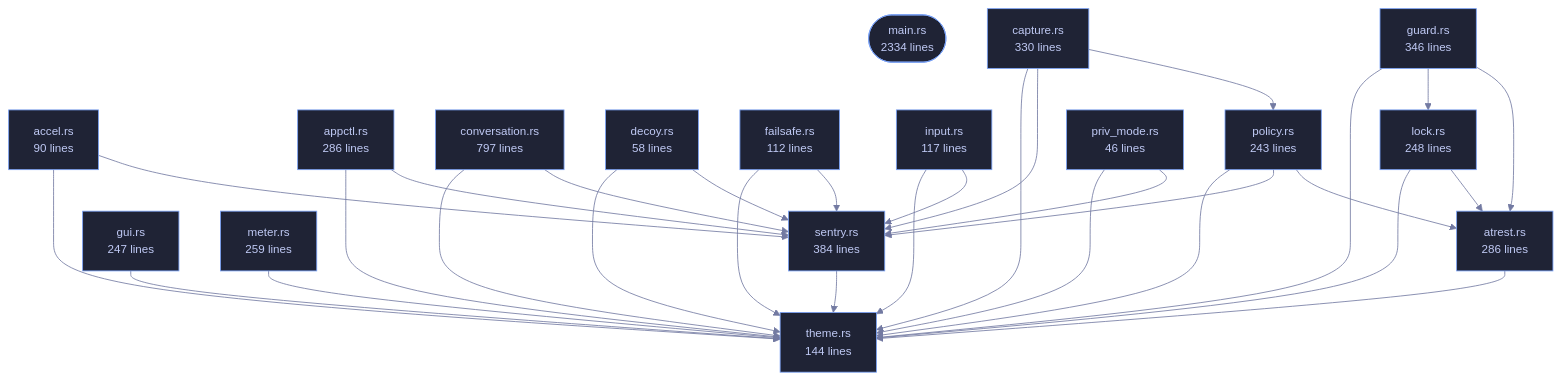
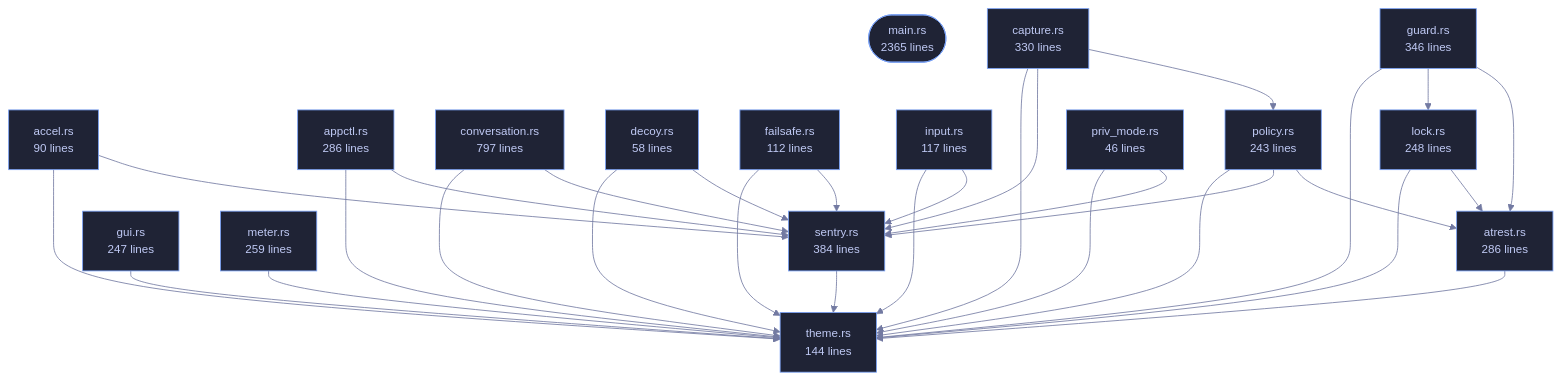
Before and after one commit to tilas01/veilvoice: the diagram in crates/veilvoice-cli/README.md, drawn with Mermaid. The commit also changed other lines of this file and 31 other files, not shown here.

````diff
--- a/crates/veilvoice-cli/README.md
+++ b/crates/veilvoice-cli/README.md
@@ -110,67 +110,67 @@
 ```mermaid
 %%{init: {"theme":"base","themeVariables":{"background":"#1a1b26","primaryColor":"#1f2335","primaryTextColor":"#c0caf5","primaryBorderColor":"#7aa2f7","secondaryColor":"#16161e","tertiaryColor":"#16161e","lineColor":"#737aa2","textColor":"#c0caf5","mainBkg":"#1f2335","nodeBorder":"#7aa2f7","clusterBkg":"#16161e","clusterBorder":"#2f3549","fontFamily":"ui-monospace, SFMono-Regular, Consolas, monospace","fontSize":"14px"}}}%%
 flowchart TD
-    n_main(["main.rs<br/>2334 lines"])
+    n_main(["main.rs<br/>2365 lines"])
     n_accel["accel.rs<br/>90 lines"]
     n_appctl["appctl.rs<br/>286 lines"]
     n_atrest["atrest.rs<br/>286 lines"]
     n_capture["capture.rs<br/>330 lines"]
     n_conversation["conversation.rs<br/>797 lines"]
     n_decoy["decoy.rs<br/>58 lines"]
     n_failsafe["failsafe.rs<br/>112 lines"]
     n_guard["guard.rs<br/>346 lines"]
     n_gui["gui.rs<br/>247 lines"]
     n_input["input.rs<br/>117 lines"]
     n_lock["lock.rs<br/>248 lines"]
     n_meter["meter.rs<br/>259 lines"]
     n_policy["policy.rs<br/>243 lines"]
     n_priv_mode["priv_mode.rs<br/>46 lines"]
     n_sentry["sentry.rs<br/>384 lines"]
     n_theme["theme.rs<br/>144 lines"]
     n_accel --> n_sentry
     n_accel --> n_theme
     n_appctl --> n_sentry
     n_appctl --> n_theme
     n_atrest --> n_theme
     n_capture --> n_policy
     n_capture --> n_sentry
     n_capture --> n_theme
     n_conversation --> n_sentry
     n_conversation --> n_theme
     n_decoy --> n_sentry
     n_decoy --> n_theme
     n_failsafe --> n_sentry
     n_failsafe --> n_theme
     n_guard --> n_atrest
     n_guard --> n_lock
     n_guard --> n_theme
     n_gui --> n_theme
     n_input --> n_sentry
     n_input --> n_theme
     n_lock --> n_atrest
     n_lock --> n_theme
     n_meter --> n_theme
     n_policy --> n_atrest
     n_policy --> n_sentry
     n_policy --> n_theme
     n_priv_mode --> n_sentry
     n_priv_mode --> n_theme
     n_sentry --> n_theme
     click n_main href "https://github.com/tilas01/veilvoice/blob/main/crates/veilvoice-cli/src/main.rs" "open the source"
     click n_accel href "https://github.com/tilas01/veilvoice/blob/main/crates/veilvoice-cli/src/accel.rs" "open the source"
     click n_appctl href "https://github.com/tilas01/veilvoice/blob/main/crates/veilvoice-cli/src/appctl.rs" "open the source"
     click n_atrest href "https://github.com/tilas01/veilvoice/blob/main/crates/veilvoice-cli/src/atrest.rs" "open the source"
     click n_capture href "https://github.com/tilas01/veilvoice/blob/main/crates/veilvoice-cli/src/capture.rs" "open the source"
     click n_conversation href "https://github.com/tilas01/veilvoice/blob/main/crates/veilvoice-cli/src/conversation.rs" "open the source"
     click n_decoy href "https://github.com/tilas01/veilvoice/blob/main/crates/veilvoice-cli/src/decoy.rs" "open the source"
     click n_failsafe href "https://github.com/tilas01/veilvoice/blob/main/crates/veilvoice-cli/src/failsafe.rs" "open the source"
     click n_guard href "https://github.com/tilas01/veilvoice/blob/main/crates/veilvoice-cli/src/guard.rs" "open the source"
     click n_gui href "https://github.com/tilas01/veilvoice/blob/main/crates/veilvoice-cli/src/gui.rs" "open the source"
     click n_input href "https://github.com/tilas01/veilvoice/blob/main/crates/veilvoice-cli/src/input.rs" "open the source"
     click n_lock href "https://github.com/tilas01/veilvoice/blob/main/crates/veilvoice-cli/src/lock.rs" "open the source"
     click n_meter href "https://github.com/tilas01/veilvoice/blob/main/crates/veilvoice-cli/src/meter.rs" "open the source"
     click n_policy href "https://github.com/tilas01/veilvoice/blob/main/crates/veilvoice-cli/src/policy.rs" "open the source"
     click n_priv_mode href "https://github.com/tilas01/veilvoice/blob/main/crates/veilvoice-cli/src/priv_mode.rs" "open the source"
     click n_sentry href "https://github.com/tilas01/veilvoice/blob/main/crates/veilvoice-cli/src/sentry.rs" "open the source"
     click n_theme href "https://github.com/tilas01/veilvoice/blob/main/crates/veilvoice-cli/src/theme.rs" "open the source"
 ```
````
